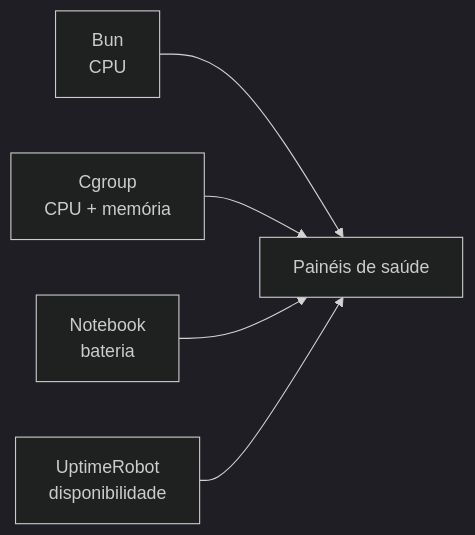
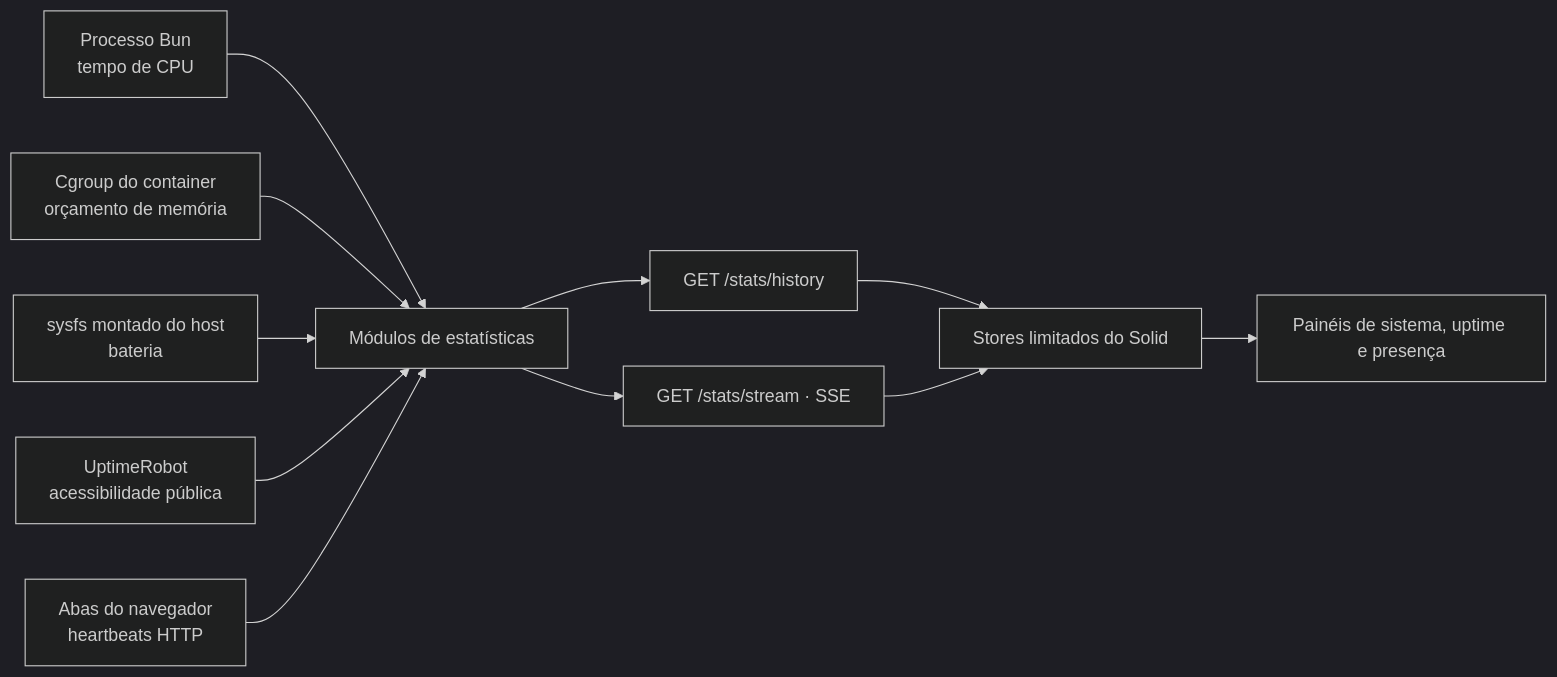
One commit to ErickCReis/ErickCReis changed the diagram in web/content/blog/health-telemetry-from-the-real-runtime.pt-BR.mdx. Above: the diagram before and after it, drawn with Mermaid (dark theme). The commit also changed other lines of this file and 33 other files, not shown here.

````diff
--- a/web/content/blog/health-telemetry-from-the-real-runtime.pt-BR.mdx
+++ b/web/content/blog/health-telemetry-from-the-real-runtime.pt-BR.mdx
@@ -16,7 +10,13 @@
 ```mermaid center
 flowchart LR
-  Process["Bun<br/>CPU"] --> Panels["Painéis de saúde"]
-  Cgroup["Cgroup<br/>CPU + memória"] --> Panels
-  Host["Notebook<br/>bateria"] --> Panels
-  Outside["UptimeRobot<br/>disponibilidade"] --> Panels
+  Process["Processo Bun<br/>tempo de CPU"] --> Stats["Módulos de estatísticas"]
+  Cgroup["Cgroup do container<br/>orçamento de memória"] --> Stats
+  Host["sysfs montado do host<br/>bateria"] --> Stats
+  Outside["UptimeRobot<br/>acessibilidade pública"] --> Stats
+  Presence["Abas do navegador<br/>heartbeats HTTP"] --> Stats
+  Stats --> Bootstrap["GET /stats/history"]
+  Stats --> Stream["GET /stats/stream · SSE"]
+  Bootstrap --> Stores["Stores limitados do Solid"]
+  Stream --> Stores
+  Stores --> Panels["Painéis de sistema, uptime e presença"]
 ```
````
